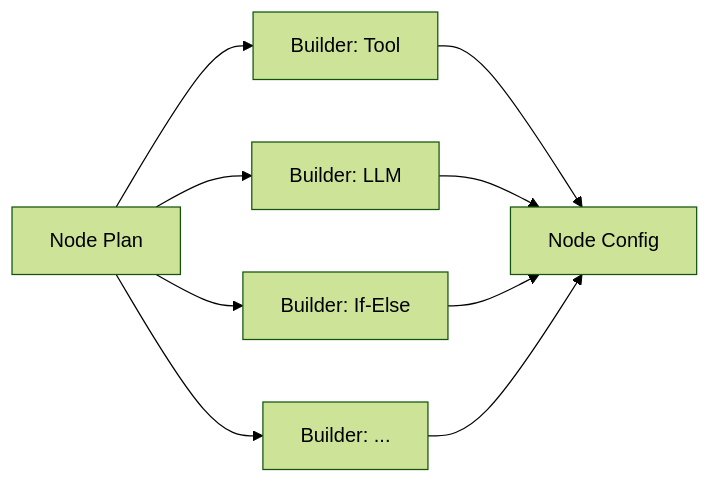
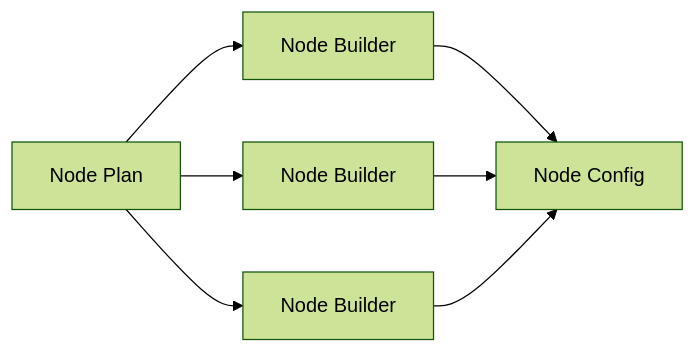
Before and after one commit to sgfd-ui/internship: the seventh of 10 diagrams in weekly-report/dify-1.17-core-capabilities-research.md, drawn with Mermaid (forest theme). The commit also changed other lines of this file, not shown here.

````diff
--- a/weekly-report/dify-1.17-core-capabilities-research.md
+++ b/weekly-report/dify-1.17-core-capabilities-research.md
@@ -238,11 +237,9 @@
 ```mermaid
 flowchart LR
-    A[Node Plan] --> B1[Builder: Tool]
-    A --> B2[Builder: LLM]
-    A --> B3[Builder: If-Else]
-    A --> B4[Builder: ...]
+    A[Node Plan] --> B1[Node Builder]
+    A --> B2[Node Builder]
+    A --> B3[Node Builder]
     B1 --> C[Node Config]
     B2 --> C
     B3 --> C
-    B4 --> C
 ```
````
